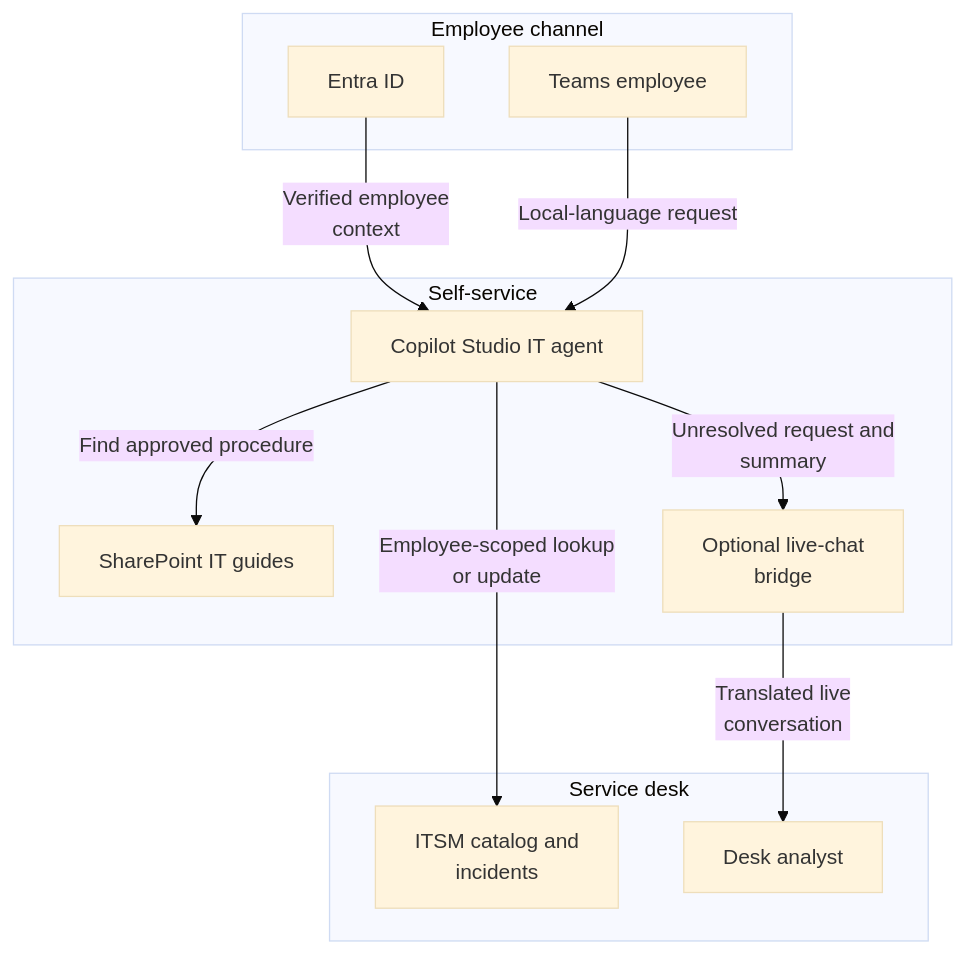
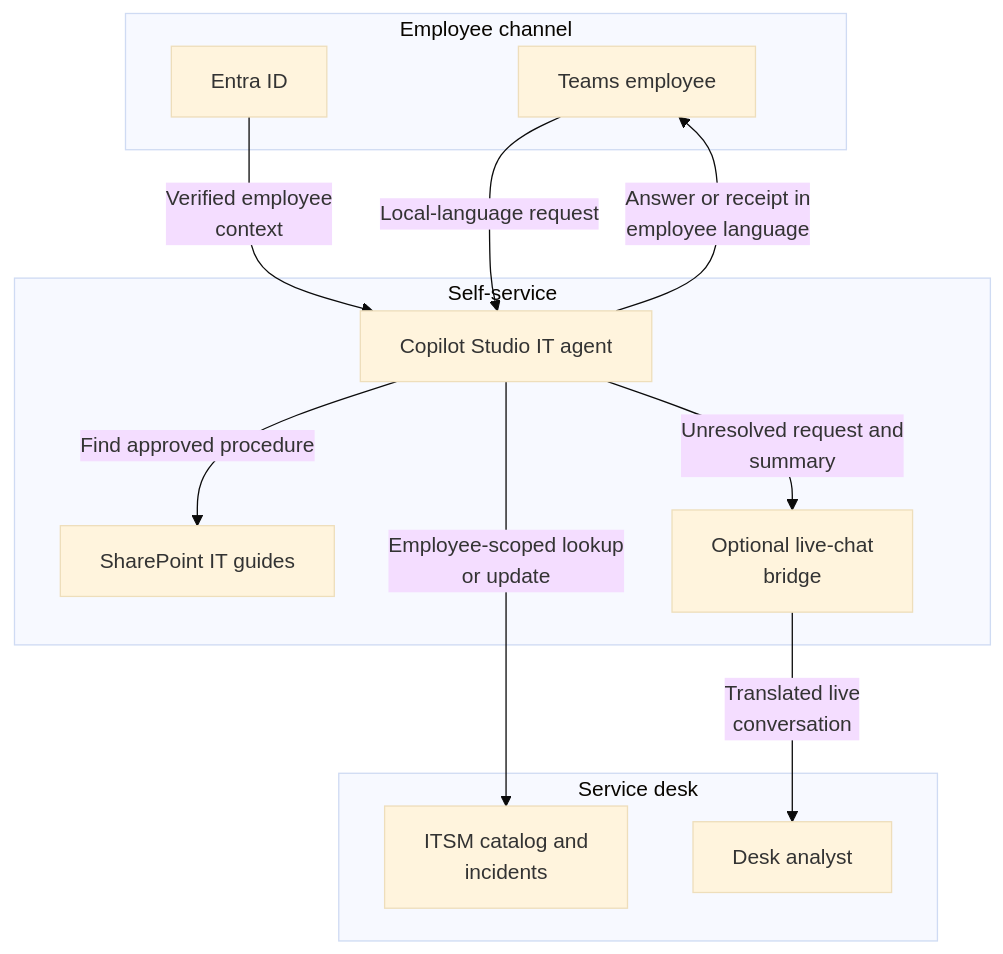
One commit to abhishek-ai-enabler/copilotstudio-architecture-patterns changed the first of 2 diagrams in reference-architectures/multilingual-it-service.md. Above: the diagram before and after it, drawn with Mermaid (base theme). The commit also changed 41 other files, not shown here.

First line of the commit message:
Review diagrams: add return paths and fix flow accuracy

````diff
--- a/reference-architectures/multilingual-it-service.md
+++ b/reference-architectures/multilingual-it-service.md
@@ -7,24 +7,25 @@
 ```mermaid
 flowchart TB
     accTitle: Multilingual IT self-service across identity providers - architecture
     accDescr: Approve incident updates only if ITSM can identify the employee and enforce ownership at its own boundary, including when a service connection is used.
     subgraph group0["Employee channel"]
         U["Teams employee"]
         ID["Entra ID"]
     end
     subgraph group2["Self-service"]
         A["Copilot Studio IT agent"]
         K["SharePoint IT guides"]
         B["Optional live-chat<br/>bridge"]
     end
     subgraph group5["Service desk"]
         I["ITSM catalog and<br/>incidents"]
         H["Desk analyst"]
     end
     ID -->|"Verified employee<br/>context"| A
     U -->|"Local-language request"| A
     A -->|"Find approved procedure"| K
     A -->|"Employee-scoped lookup<br/>or update"| I
     A -->|"Unresolved request and<br/>summary"| B
     B -->|"Translated live<br/>conversation"| H
+    A -->|"Answer or receipt in<br/>employee language"| U
 ```
````
